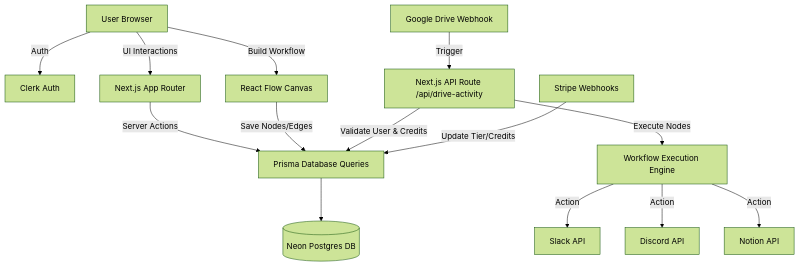
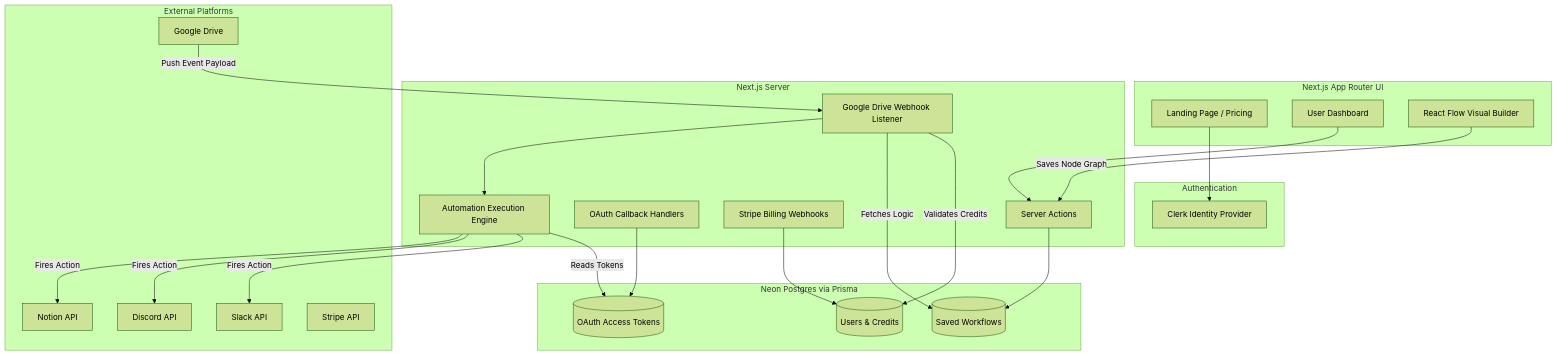
Before and after one commit to thepeeyushyadav/Fuzzie-SaaS-Automation_Builder: the diagram in README.md, drawn with Mermaid (forest theme). The commit also changed other lines of this file, not shown here.

````diff
--- a/README.md
+++ b/README.md
@@ -71,21 +68,53 @@
 ```mermaid
 graph TD
-    Client[User Browser] -->|Auth| Clerk[Clerk Auth]
-    Client -->|UI Interactions| Next[Next.js App Router]
-    
-    Next -->|Server Actions| DBQueries[Prisma Database Queries]
-    DBQueries --> Neon[(Neon Postgres DB)]
+    subgraph Frontend [Next.js App Router UI]
+        Landing[Landing Page / Pricing]
+        Dashboard[User Dashboard]
+        Editor[React Flow Visual Builder]
+    end
 
-    Client -->|Build Workflow| ReactFlow[React Flow Canvas]
-    ReactFlow -->|Save Nodes/Edges| DBQueries
+    subgraph Authentication
+        ClerkAuth[Clerk Identity Provider]
+    end
 
-    Google[Google Drive Webhook] -->|Trigger| API[Next.js API Route /api/drive-activity]
-    API -->|Validate User & Credits| DBQueries
-    API -->|Execute Nodes| AutomationEngine[Workflow Execution Engine]
+    subgraph Backend [Next.js Server]
+        Actions[Server Actions]
+        OAuth[OAuth Callback Handlers]
+        StripeWebhook[Stripe Billing Webhooks]
+        DriveWebhook[Google Drive Webhook Listener]
+        Engine[Automation Execution Engine]
+    end
 
-    AutomationEngine -->|Action| Slack[Slack API]
-    AutomationEngine -->|Action| Discord[Discord API]
-    AutomationEngine -->|Action| Notion[Notion API]
+    subgraph Database [Neon Postgres via Prisma]
+        Users[(Users & Credits)]
+        Workflows[(Saved Workflows)]
+        Connections[(OAuth Access Tokens)]
+    end
 
-    Stripe[Stripe Webhooks] -->|Update Tier/Credits| DBQueries
+    subgraph External Platforms
+        Google[Google Drive]
+        Notion[Notion API]
+        Slack[Slack API]
+        Discord[Discord API]
+        Stripe[Stripe API]
+    end
+
+    %% Flow Connections
+    Landing --> ClerkAuth
+    Dashboard --> Actions
+    Editor -->|Saves Node Graph| Actions
+    Actions --> Workflows
+
+    OAuth --> Connections
+    StripeWebhook --> Users
+
+    Google -->|Push Event Payload| DriveWebhook
+    DriveWebhook -->|Validates Credits| Users
+    DriveWebhook -->|Fetches Logic| Workflows
+    DriveWebhook --> Engine
+
+    Engine -->|Reads Tokens| Connections
+    Engine -->|Fires Action| Slack
+    Engine -->|Fires Action| Discord
+    Engine -->|Fires Action| Notion
 ```
````
